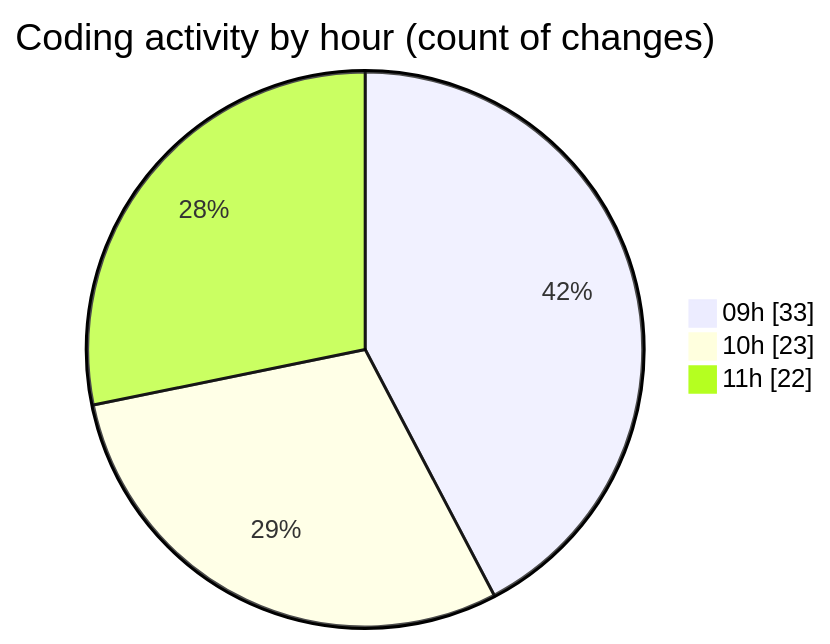
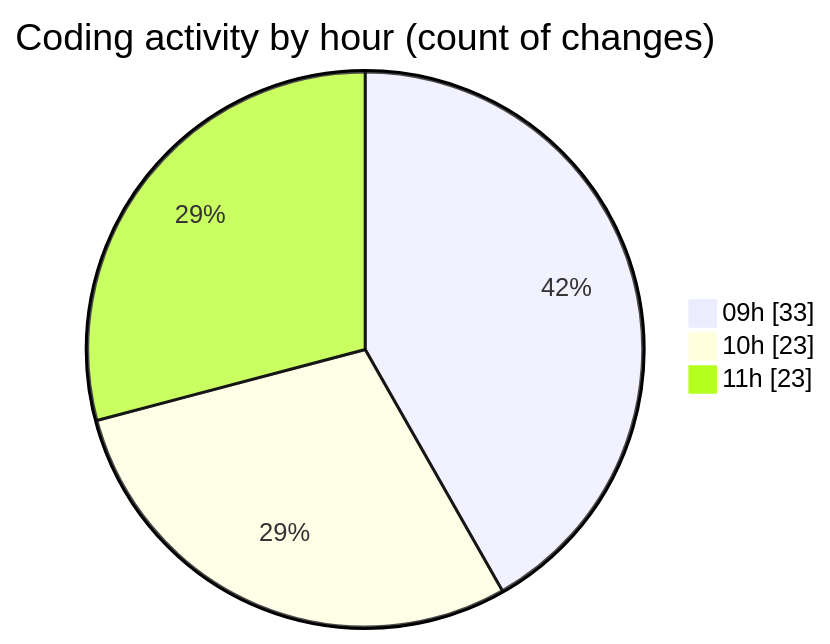
One commit to CELIANVF/code-tracking changed the second of 2 diagrams in 2025-05-20/ecodeli-1/README.md. Above: the diagram before and after it, drawn with Mermaid. The commit also changed other lines of this file and 1 other file, not shown here.

````diff
--- a/2025-05-20/ecodeli-1/README.md
+++ b/2025-05-20/ecodeli-1/README.md
@@ -58,7 +58,7 @@
 ```mermaid
 pie showData
 title Coding activity by hour (count of changes)
 "09h" : 33
 "10h" : 23
-"11h" : 22
+"11h" : 23
 ```
````
